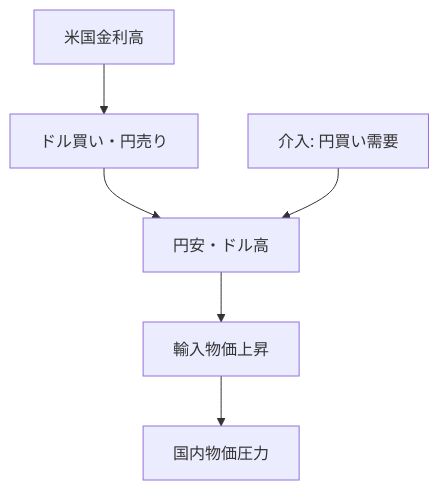
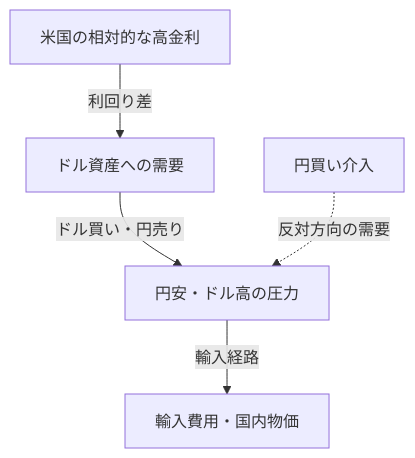
Before and after one commit to daylight55/research: the fourth of 5 diagrams in articles/report/interest-rate-policy-primer/ja/index.mdx, drawn with Mermaid. The commit also changed other lines of this file and 181 other files, not shown here.

First line of the commit message:
全記事の図解368点を再生成し、共通注意書きを削除 (#402)

````diff
--- a/articles/report/interest-rate-policy-primer/ja/index.mdx
+++ b/articles/report/interest-rate-policy-primer/ja/index.mdx
@@ -128,9 +147,14 @@
 ```mermaid
-flowchart TB
-  A["米国金利高"] --> B["ドル買い・円売り"]
-  B --> C["円安・ドル高"]
-  C --> D["輸入物価上昇"]
-  D --> E["国内物価圧力"]
-
-  F["介入: 円買い需要"] --> C
+flowchart TD
+  accTitle: 金利差・為替・輸入物価の関係
+  accDescr: 米国の相対的な高金利はドル需要を支えうる。円買い介入は逆向きの需要を作るが、為替は金利差だけでは決まらない。
+  N0["米国の相対的な高金利"]
+  N1["ドル資産への需要"]
+  N2["円安・ドル高の圧力"]
+  N3["輸入費用・国内物価"]
+  N4["円買い介入"]
+  N0 -->|利回り差| N1
+  N1 -->|ドル買い・円売り| N2
+  N2 -->|輸入経路| N3
+  N4 -.->|反対方向の需要| N2
 ```
````
